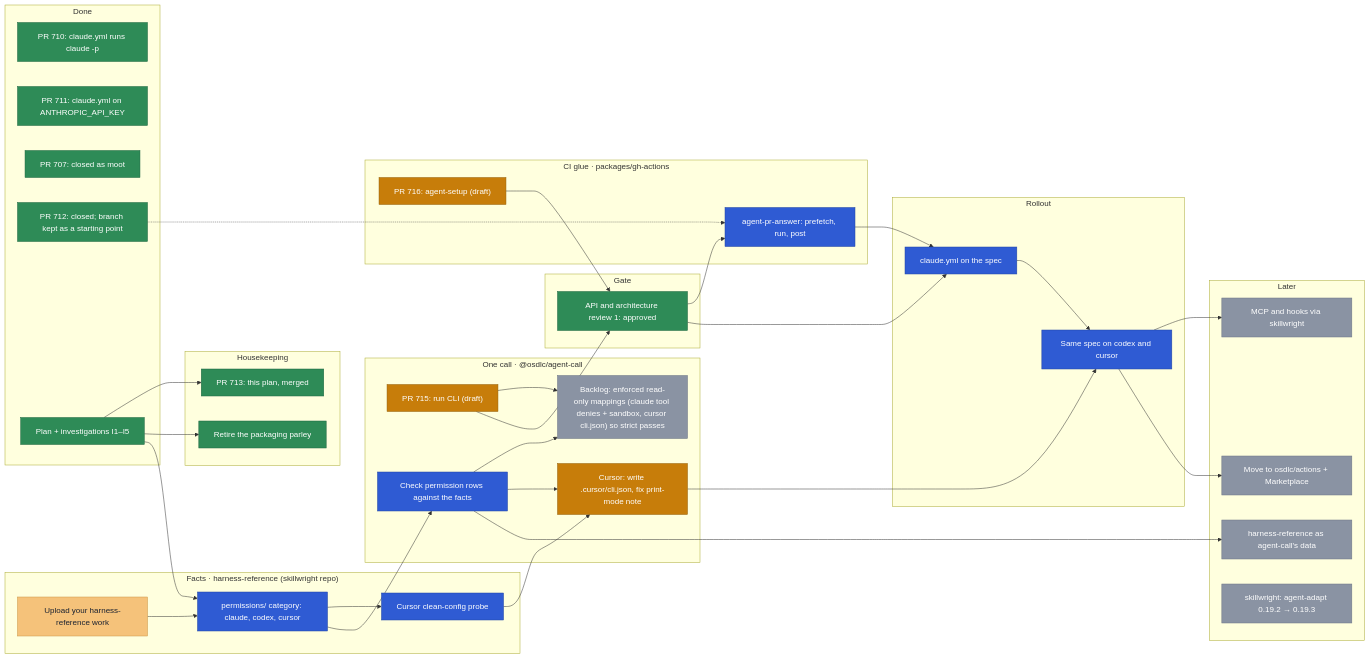
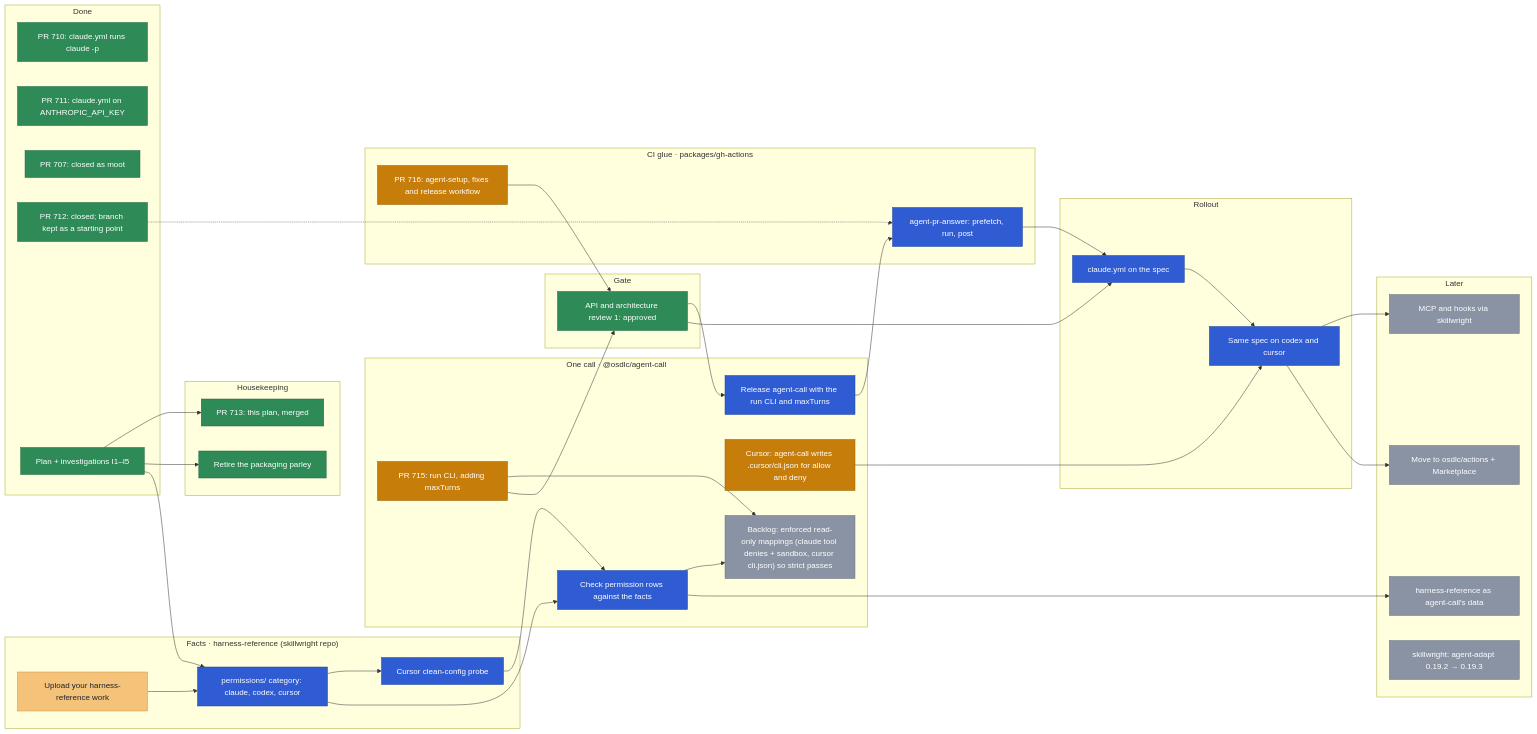
The diagram in docs/planning/agent-ci.md (osdlc/osdlc), drawn with Mermaid before and after one commit.

Commit message:
docs(planning): add the agent-call release step and the cursor permissions work

````diff
--- a/docs/planning/agent-ci.md
+++ b/docs/planning/agent-ci.md
@@ -39,80 +39,81 @@
 ```mermaid
 flowchart LR
   subgraph done["Done"]
     W710["PR 710: claude.yml runs claude -p"]
     P711["PR 711: claude.yml on ANTHROPIC_API_KEY"]
     P707["PR 707: closed as moot"]
     P712["PR 712: closed; branch kept as a starting point"]
     PLAN["Plan + investigations I1–I5"]
   end
   subgraph house["Housekeeping"]
     PLANPR["PR 713: this plan, merged"]
     PARLEY["Retire the packaging parley"]
   end
   subgraph facts["Facts · harness-reference (skillwright repo)"]
     UP["Upload your harness-reference work"]
     PERM["permissions/ category: claude, codex, cursor"]
     PROBE["Cursor clean-config probe"]
   end
   subgraph call["One call · @osdlc/agent-call"]
-    RUN["PR 715: run CLI (draft)"]
+    RUN["PR 715: run CLI, adding maxTurns"]
     CHECK["Check permission rows against the facts"]
     STRICT["Backlog: enforced read-only mappings (claude tool denies + sandbox, cursor cli.json) so strict passes"]
-    CUR["Cursor: write .cursor/cli.json, fix print-mode note"]
+    CUR["Cursor: agent-call writes .cursor/cli.json for allow and deny"]
+    REL["Release agent-call with the run CLI and maxTurns"]
   end
   subgraph gate["Gate"]
     ARCH["API and architecture review 1: approved"]
   end
   subgraph acts["CI glue · packages/gh-actions"]
-    SETUP["PR 716: agent-setup (draft)"]
+    SETUP["PR 716: agent-setup, fixes and release workflow"]
     ANS["agent-pr-answer: prefetch, run, post"]
   end
   subgraph roll["Rollout"]
     SPEC["claude.yml on the spec"]
     MULTI["Same spec on codex and cursor"]
   end
   subgraph later["Later"]
     MCP["MCP and hooks via skillwright"]
     PUB["Move to osdlc/actions + Marketplace"]
     DATA["harness-reference as agent-call's data"]
     PIN["skillwright: agent-adapt 0.19.2 → 0.19.3"]
   end
 
   PLAN --> PLANPR
   PLAN --> PARLEY
   UP --> PERM
   PLAN --> PERM
   PERM --> PROBE
   PERM --> CHECK
   CHECK --> STRICT
   RUN --> STRICT
-  PROBE --> CUR
-  CHECK --> CUR
+  PROBE --> CHECK
   P712 -.-> ANS
   RUN --> ARCH
   SETUP --> ARCH
-  ARCH --> ANS
+  ARCH --> REL
+  REL --> ANS
   ARCH --> SPEC
   ANS --> SPEC
   SPEC --> MULTI
   CUR --> MULTI
   MULTI --> MCP
   MULTI --> PUB
   CHECK --> DATA
 
   classDef done fill:#2e8b57,stroke:#1f6640,color:#ffffff
   classDef review fill:#0f8a8a,stroke:#0a6666,color:#ffffff
   classDef ready fill:#7a4fc2,stroke:#5a3596,color:#ffffff
   classDef blocked fill:#c0392b,stroke:#8e2a20,color:#ffffff
   classDef external fill:#e88fb4,stroke:#b8628a,color:#1b2230
   classDef active fill:#c77d0a,stroke:#94600a,color:#ffffff
   classDef yours fill:#f5c27a,stroke:#c99545,color:#1b2230
   classDef next fill:#2f5bd3,stroke:#2144a3,color:#ffffff
   classDef later fill:#8a93a3,stroke:#6b7384,color:#ffffff
   class W710,P711,P707,P712,PLAN,PARLEY,PLANPR,ARCH done
   class UP yours
   class RUN,SETUP active
-  class PERM,PROBE,CHECK,ANS,SPEC,MULTI next
+  class PERM,PROBE,CHECK,REL,ANS,SPEC,MULTI next
   class CUR active
   class MCP,PUB,DATA,PIN,STRICT later
 ```
````
